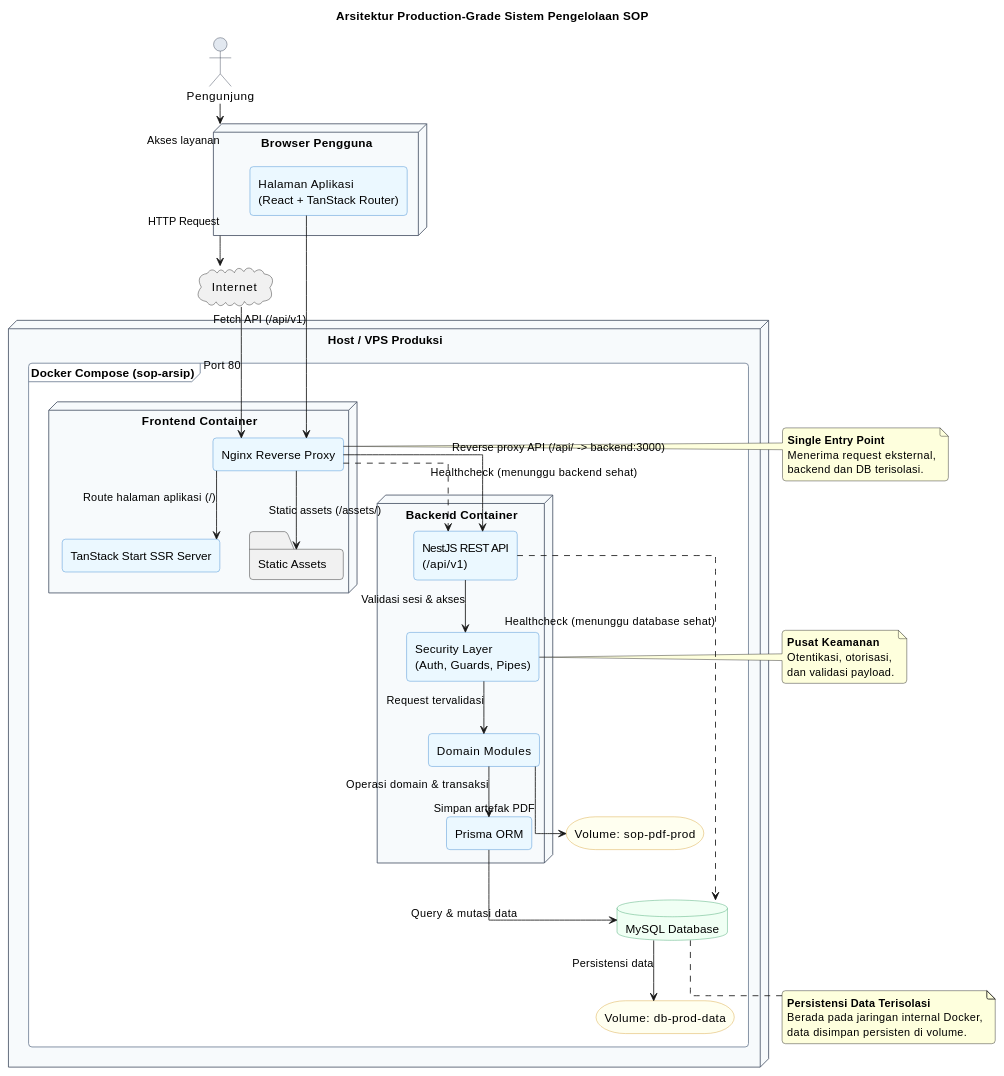
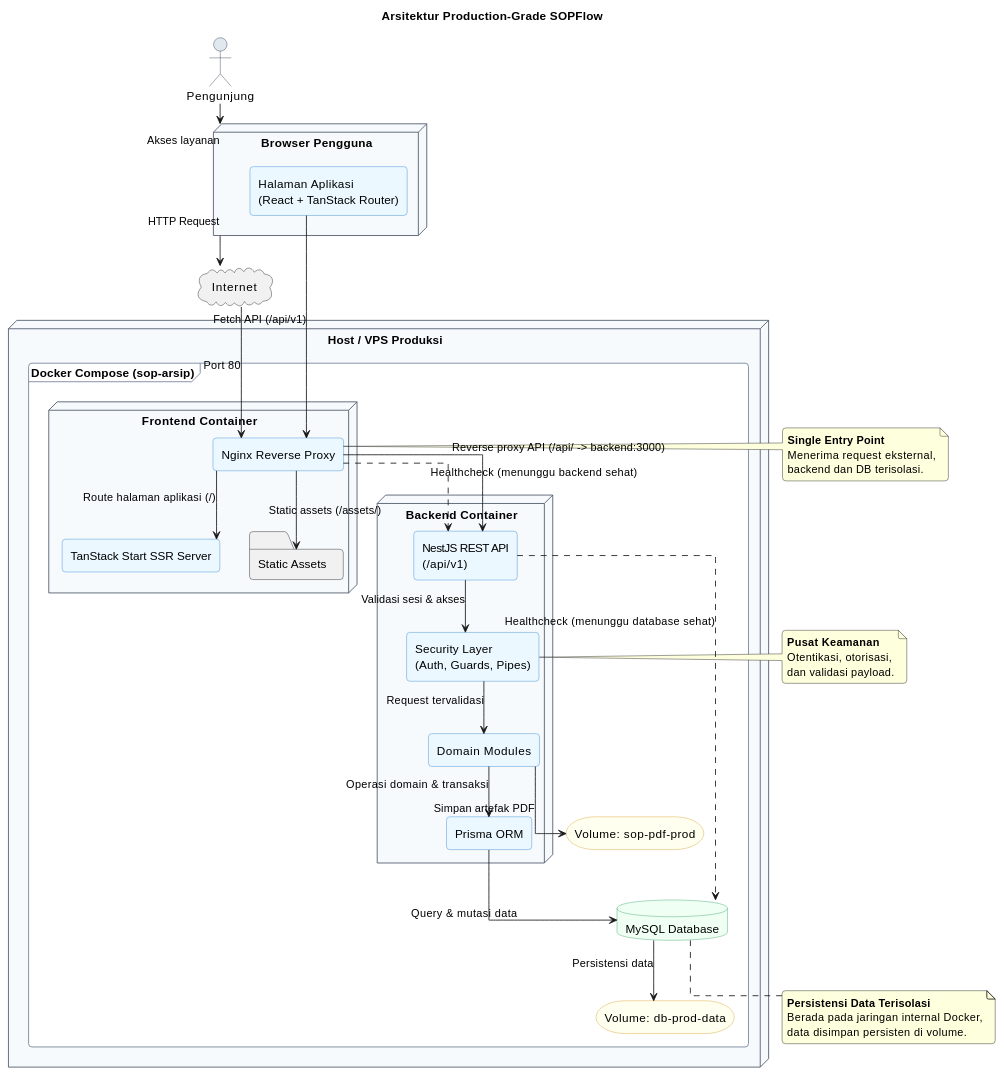
Before and after one commit to howlil/sop-generate-app: the first of 3 diagrams in docs/arsitektur-sistem.md, drawn with PlantUML. The commit also changed other lines of this file and 271 other files, not shown here.

````diff
--- a/docs/arsitektur-sistem.md
+++ b/docs/arsitektur-sistem.md
@@ -25,6 +25,6 @@
 ```plantuml
 @startuml
-title Arsitektur Production-Grade Sistem Pengelolaan SOP
+title Arsitektur Production-Grade SOPFlow
 
 skinparam {
   componentStyle rectangle
````
